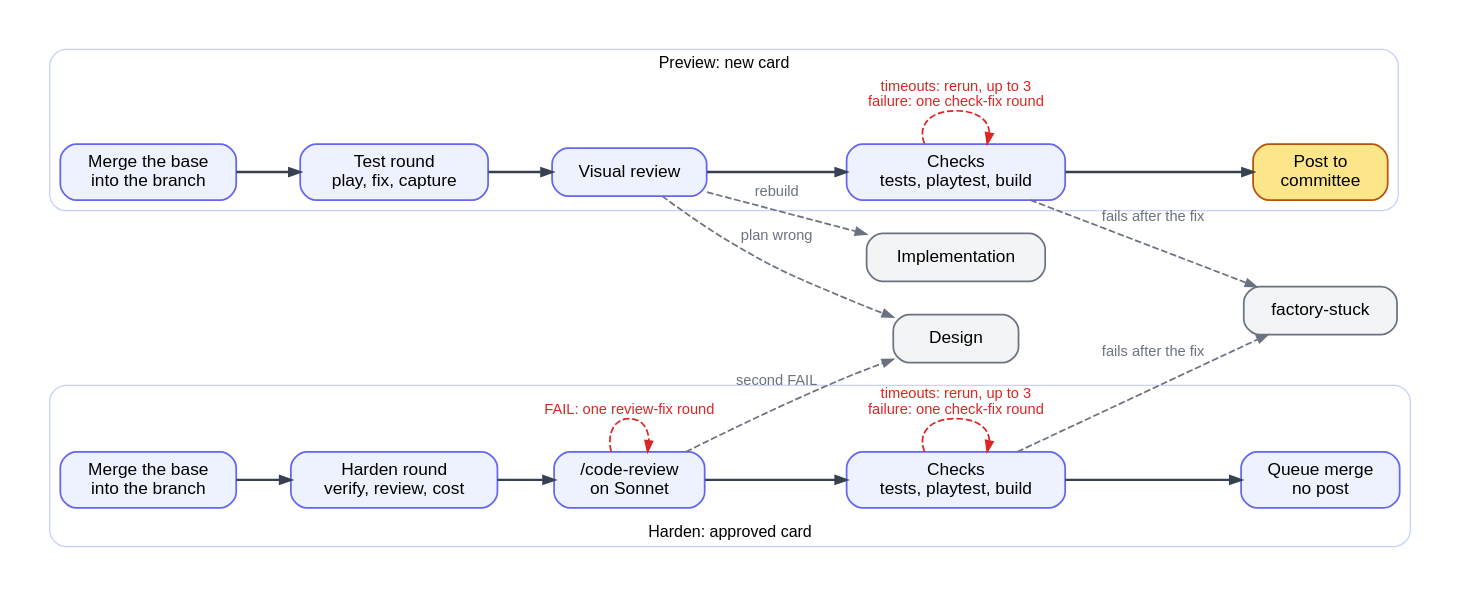
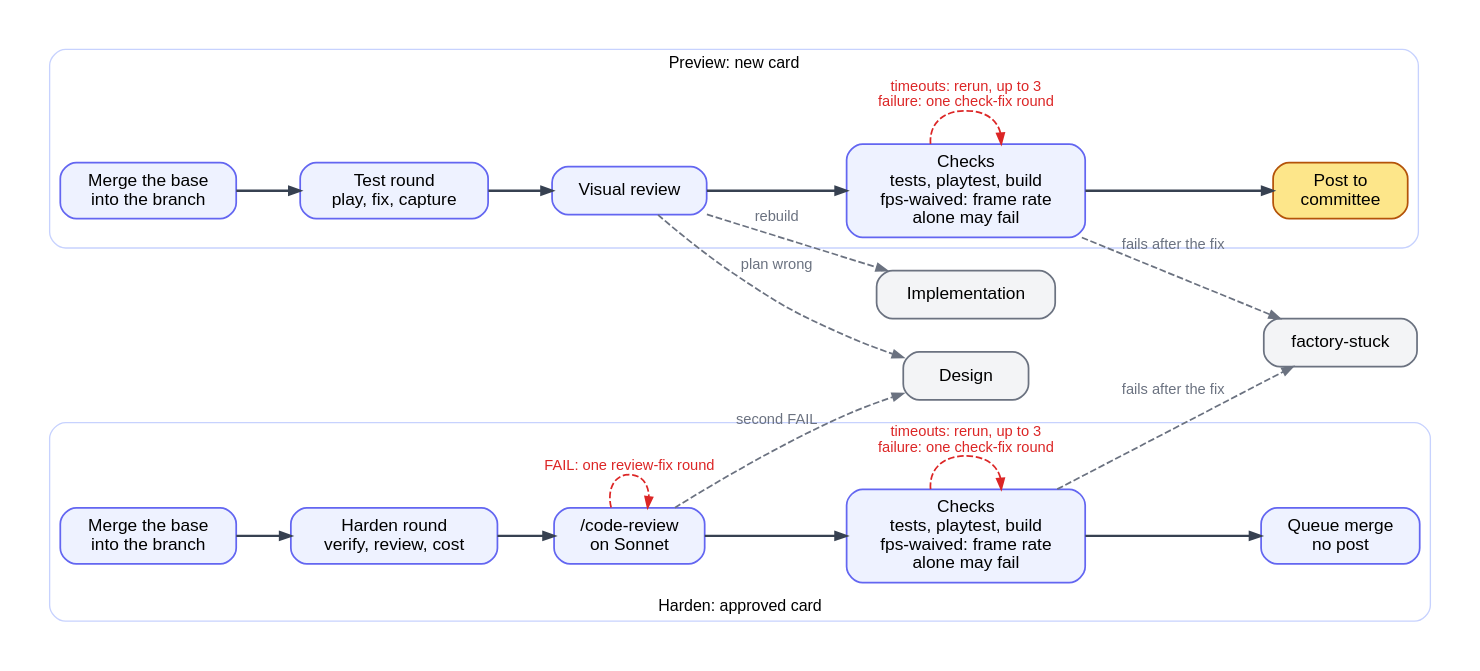
One commit to btseytlin/road-machiners changed the diagram in factory/docs/diagrams/testing.dot. Above: the diagram before and after it, drawn with Graphviz. The commit also changed 4 other files, not shown here.

Commit message:
Docs and testing diagram describe the fps-waived label

```diff
--- a/factory/docs/diagrams/testing.dot
+++ b/factory/docs/diagrams/testing.dot
@@ -1,31 +1,31 @@
 // Testing column. Two lines: preview before the committee plays, harden after it approves. Red: loops back. Grey: leaves Testing.
 digraph testing {
   rankdir=LR; nodesep=0.35; ranksep=0.55; bgcolor=white; pad=0.3;
   node [shape=box, style="rounded,filled", fillcolor="#eef2ff", color="#6366f1", fontname="Helvetica", fontsize=13, margin="0.2,0.1", penwidth=1.3, width=1.3];
   edge [color="#374151", penwidth=1.8, arrowsize=0.8, fontname="Helvetica", fontsize=11];
   subgraph cluster_preview {
     label="Preview: new card"; fontname="Helvetica"; fontsize=12; color="#c7d2fe"; style=rounded;
     PM [label="Merge the base\ninto the branch"]; PT [label="Test round\nplay, fix, capture"]; PV [label="Visual review"];
-    PC [label="Checks\ntests, playtest, build"]; PP [label="Post to\ncommittee", fillcolor="#fde68a", color="#b45309"];
+    PC [label="Checks\ntests, playtest, build\nfps-waived: frame rate\nalone may fail"]; PP [label="Post to\ncommittee", fillcolor="#fde68a", color="#b45309"];
     PM -> PT -> PV -> PC -> PP [weight=100];
   }
   subgraph cluster_harden {
     label="Harden: approved card"; labelloc=b; fontname="Helvetica"; fontsize=12; color="#c7d2fe"; style=rounded;
     HM [label="Merge the base\ninto the branch"]; HH [label="Harden round\nverify, review, cost"]; HR [label="/code-review\non Sonnet"];
-    HC [label="Checks\ntests, playtest, build"]; HQ [label="Queue merge\nno post"];
+    HC [label="Checks\ntests, playtest, build\nfps-waived: frame rate\nalone may fail"]; HQ [label="Queue merge\nno post"];
     HM -> HH -> HR -> HC -> HQ [weight=100];
   }
   XI [label="Implementation", fillcolor="#f3f4f6", color="#6b7280"];
   XD [label="Design", fillcolor="#f3f4f6", color="#6b7280"];
   XS [label="factory-stuck", fillcolor="#f3f4f6", color="#6b7280"];
   edge [color="#dc2626", fontcolor="#dc2626", style=dashed, penwidth=1.3];
   PC -> PC [label="timeouts: rerun, up to 3\nfailure: one check-fix round"];
   HC -> HC [label="timeouts: rerun, up to 3\nfailure: one check-fix round"];
   HR -> HR [label="FAIL: one review-fix round"];
   edge [color="#6b7280", fontcolor="#6b7280"];
   PV -> XI [label="rebuild"];
   PV -> XD [label="plan wrong"];
   HR -> XD [label="second FAIL"];
   PC -> XS [label="fails after the fix"];
   HC -> XS [label="fails after the fix"];
 }
```
